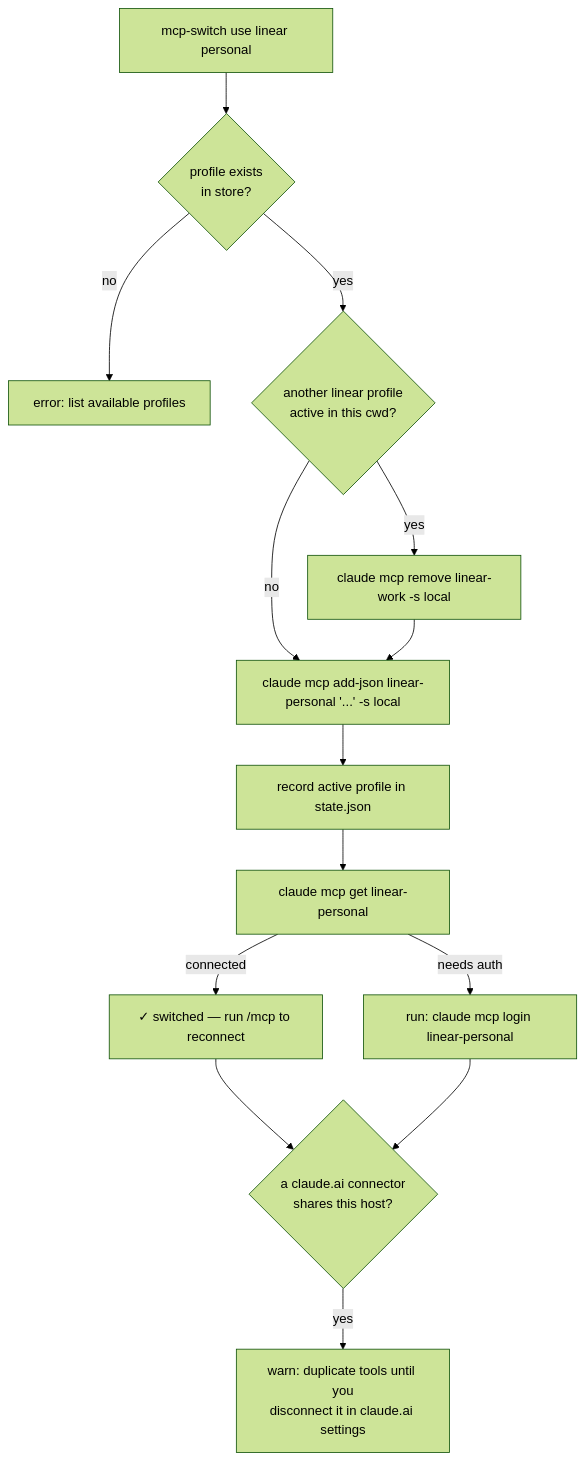
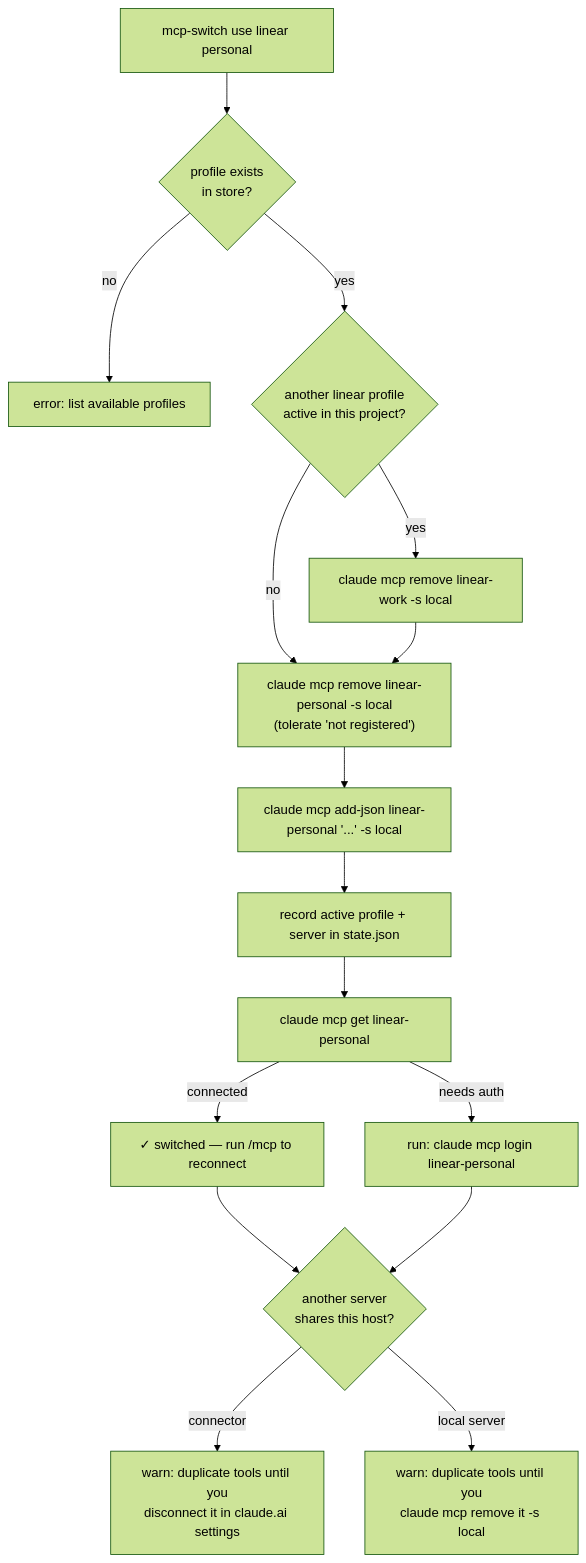
Before and after one commit to nljms/skills: the diagram in docs/superpowers/specs/2026-08-27-mcp-switch-design.md, drawn with Mermaid (forest theme). The commit also changed other lines of this file and 13 other files, not shown here.

````diff
--- a/docs/superpowers/specs/2026-08-27-mcp-switch-design.md
+++ b/docs/superpowers/specs/2026-08-27-mcp-switch-design.md
@@ -69,16 +74,18 @@
 ```mermaid
 flowchart TD
   A["mcp-switch use linear personal"] --> B{"profile exists\nin store?"}
   B -->|no| Z["error: list available profiles"]
-  B -->|yes| C{"another linear profile\nactive in this cwd?"}
+  B -->|yes| C{"another linear profile\nactive in this project?"}
   C -->|yes| D["claude mcp remove linear-work -s local"]
   C -->|no| E
-  D --> E["claude mcp add-json linear-personal '...' -s local"]
-  E --> F["record active profile in state.json"]
+  D --> E["claude mcp remove linear-personal -s local\n(tolerate 'not registered')"]
+  E --> E2["claude mcp add-json linear-personal '...' -s local"]
+  E2 --> F["record active profile + server in state.json"]
   F --> G["claude mcp get linear-personal"]
   G -->|connected| H["✓ switched — run /mcp to reconnect"]
   G -->|needs auth| I["run: claude mcp login linear-personal"]
-  H --> J{"a claude.ai connector\nshares this host?"}
+  H --> J{"another server\nshares this host?"}
   I --> J
-  J -->|yes| K["warn: duplicate tools until you\ndisconnect it in claude.ai settings"]
+  J -->|connector| K["warn: duplicate tools until you\ndisconnect it in claude.ai settings"]
+  J -->|local server| L["warn: duplicate tools until you\nclaude mcp remove it -s local"]
 ```
````
